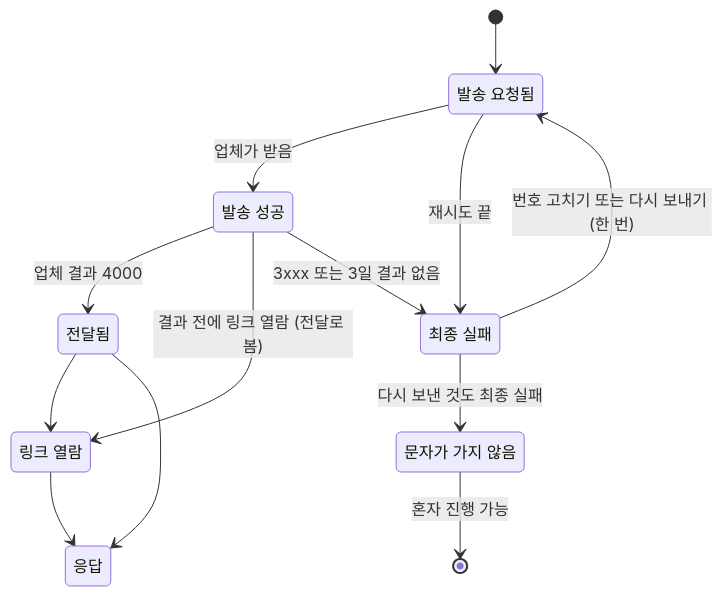
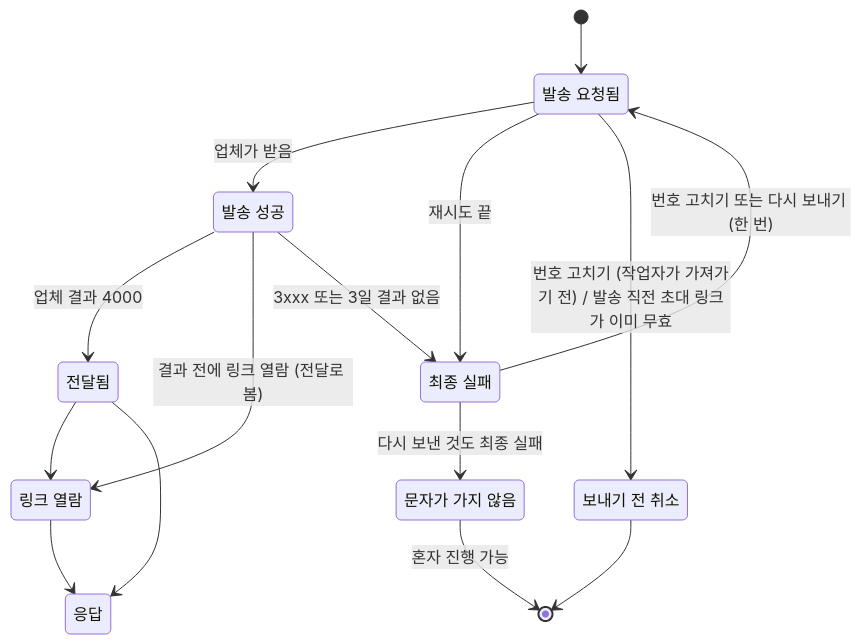
One commit to prgrms-be-devcourse/NBE12-14-final-homestamp changed diagram 13 of 14 in docs/rules/03-상태와-규칙.md. Above: the diagram before and after it, drawn with Mermaid. The commit also changed other lines of this file and 24 other files, not shown here.

````diff
--- a/docs/rules/03-상태와-규칙.md
+++ b/docs/rules/03-상태와-규칙.md
@@ -669,22 +669,25 @@
 ```mermaid
 stateDiagram-v2
     state "발송 요청됨" as Requested
     state "발송 성공" as Sent
     state "전달됨" as Delivered
     state "링크 열람" as Viewed
     state "응답" as Answered
     state "최종 실패" as Failed
     state "문자가 가지 않음" as Undeliv
+    state "보내기 전 취소" as Cancelled
     [*] --> Requested
     Requested --> Sent : 업체가 받음
     Requested --> Failed : 재시도 끝
+    Requested --> Cancelled : 번호 고치기 (작업자가 가져가기 전) / 발송 직전 초대 링크가 이미 무효
+    Cancelled --> [*]
     Sent --> Delivered : 업체 결과 4000
     Sent --> Viewed : 결과 전에 링크 열람 (전달로 봄)
     Sent --> Failed : 3xxx 또는 3일 결과 없음
     Delivered --> Viewed
     Delivered --> Answered
     Viewed --> Answered
     Failed --> Requested : 번호 고치기 또는 다시 보내기 (한 번)
     Failed --> Undeliv : 다시 보낸 것도 최종 실패
     Undeliv --> [*] : 혼자 진행 가능
 ```
````
